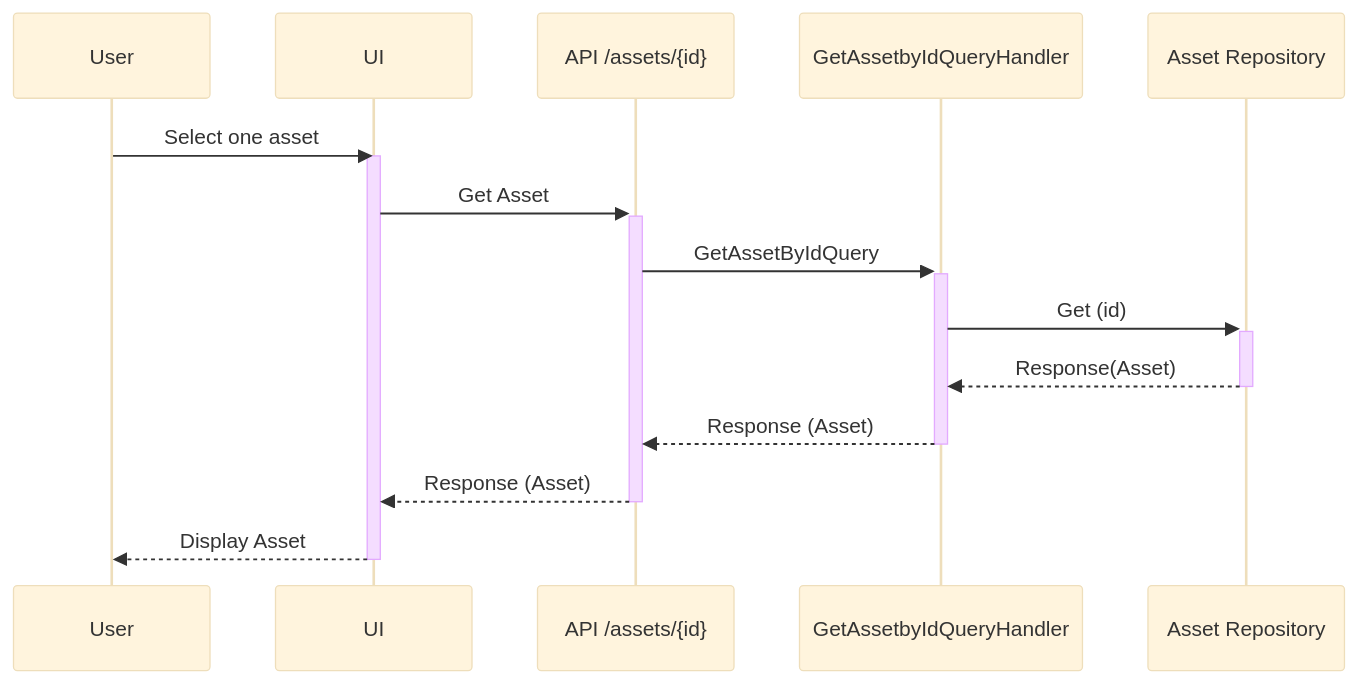
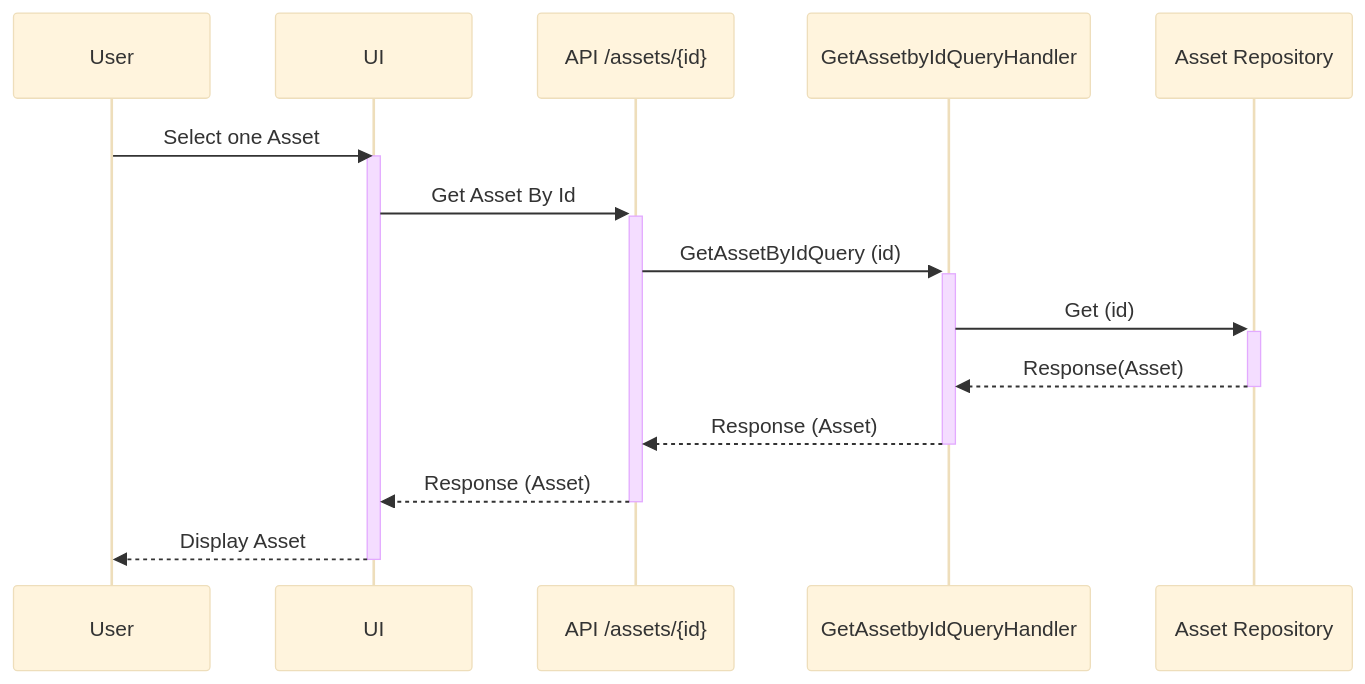
The second of 4 diagrams in docs/sequence-diagrams/read-asset.md (livun/bouvet-asset-hub), drawn with Mermaid (base theme) before and after one commit. The commit also changed other lines of this file and 7 other files, not shown here.

Commit message:
new sequence diagrams

````diff
--- a/docs/sequence-diagrams/read-asset.md
+++ b/docs/sequence-diagrams/read-asset.md
@@ -18,14 +18,14 @@
 ```mermaid
 sequenceDiagram
-User ->> UI : Select one asset
+User ->> UI : Select one Asset
    Activate UI
-        UI ->>+ API /assets/{id}: Get Asset
-        API /assets/{id} ->>+ GetAssetbyIdQueryHandler : GetAssetByIdQuery
+        UI ->>+ API /assets/{id}: Get Asset By Id
+        API /assets/{id} ->>+ GetAssetbyIdQueryHandler : GetAssetByIdQuery (id)
         GetAssetbyIdQueryHandler ->>+ Asset Repository : Get (id)
         Asset Repository -->>- GetAssetbyIdQueryHandler : Response(Asset)
         GetAssetbyIdQueryHandler -->>- API /assets/{id} : Response (Asset)
         API /assets/{id} -->>- UI : Response (Asset)
         UI -->> User: Display Asset
     Deactivate UI
 
 ```
````
